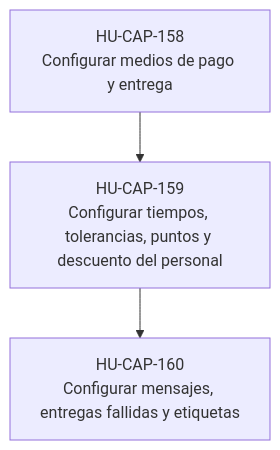
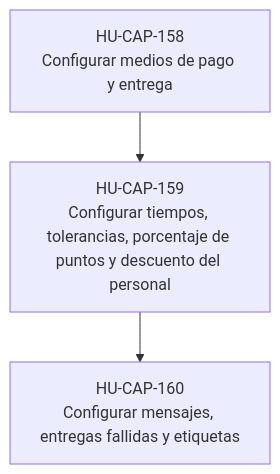
The third of 4 diagrams in docs/dor/DOR-FT-CFG-02-pagos-entrega-y-parametros-de-operacion.md (JoseEM26/caprichos), drawn with Mermaid before and after one commit. The commit also changed other lines of this file and 208 other files, not shown here.

````diff
--- a/docs/dor/DOR-FT-CFG-02-pagos-entrega-y-parametros-de-operacion.md
+++ b/docs/dor/DOR-FT-CFG-02-pagos-entrega-y-parametros-de-operacion.md
@@ -115,8 +117,8 @@
 ```mermaid
 flowchart TB
   P0["HU-CAP-158<br>Configurar medios de pago y entrega"]
-  P1["HU-CAP-159<br>Configurar tiempos, tolerancias, puntos y descuento del personal"]
+  P1["HU-CAP-159<br>Configurar tiempos, tolerancias, porcentaje de puntos y descuento del personal"]
   P0 --> P1
   P2["HU-CAP-160<br>Configurar mensajes, entregas fallidas y etiquetas"]
   P1 --> P2
 ```
````
